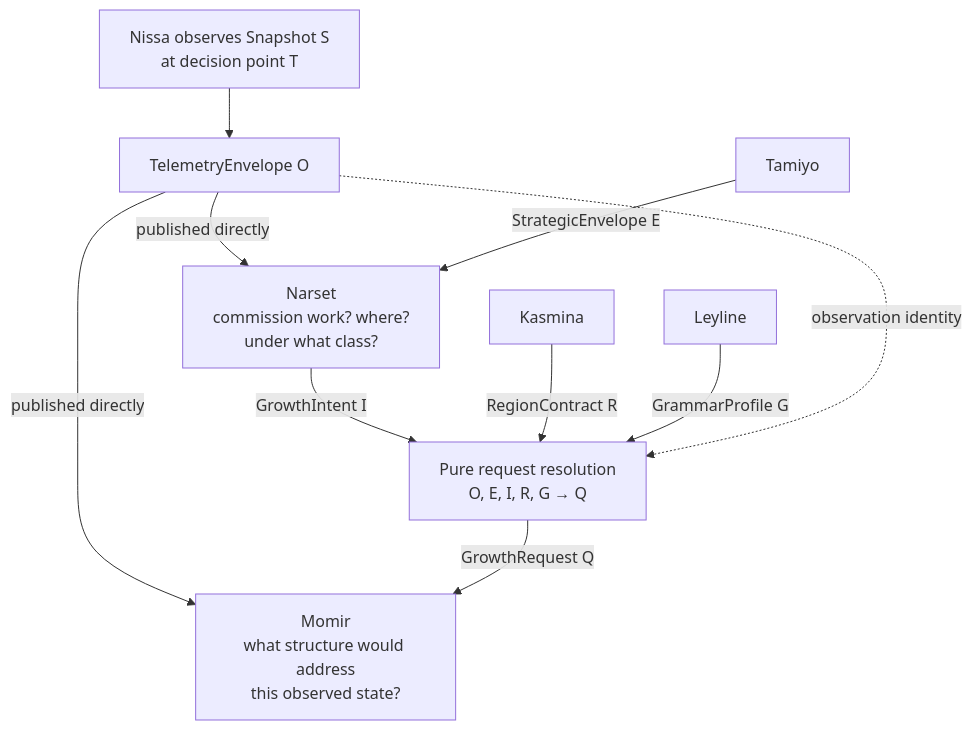
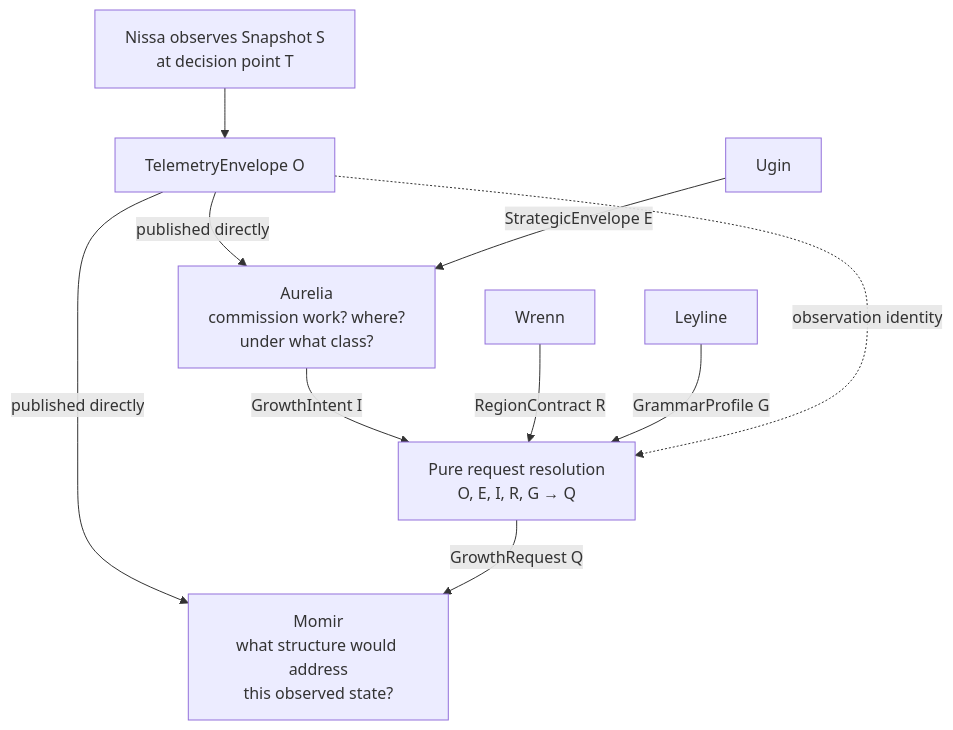
The diagram in tools/diagrams/observation-loop.mmd (foundryside-dev/simic), drawn with Mermaid before and after one commit. The commit also changed 72 other files, not shown here.

```diff
--- a/tools/diagrams/observation-loop.mmd
+++ b/tools/diagrams/observation-loop.mmd
@@ -1,18 +1,18 @@
 %% Observation and commissioning loop — architecture.html
 %% Source: docs/design/04-architecture.md §7.3.
 %% Rendered by build.sh; do not hand-edit the generated SVGs.
 flowchart TD
     OBS["Nissa observes Snapshot S<br/>at decision point T"] --> ENV["TelemetryEnvelope O"]
 
-    ENV -->|"published directly"| NAR["Narset<br/>commission work? where?<br/>under what class?"]
+    ENV -->|"published directly"| AUR["Aurelia<br/>commission work? where?<br/>under what class?"]
     ENV -->|"published directly"| MOM["Momir<br/>what structure would address<br/>this observed state?"]
 
-    TAM["Tamiyo"] -->|"StrategicEnvelope E"| NAR
-    NAR -->|"GrowthIntent I"| RES
-    KAS["Kasmina"] -->|"RegionContract R"| RES
+    UGN["Ugin"] -->|"StrategicEnvelope E"| AUR
+    AUR -->|"GrowthIntent I"| RES
+    WRE["Wrenn"] -->|"RegionContract R"| RES
     LEY["Leyline"] -->|"GrammarProfile G"| RES
     ENV -.->|"observation identity"| RES
 
     RES["Pure request resolution<br/>O, E, I, R, G → Q"] -->|"GrowthRequest Q"| MOM
 
     class ENV accent
```
